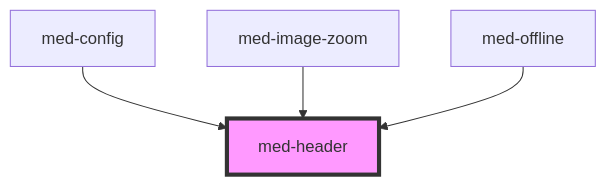
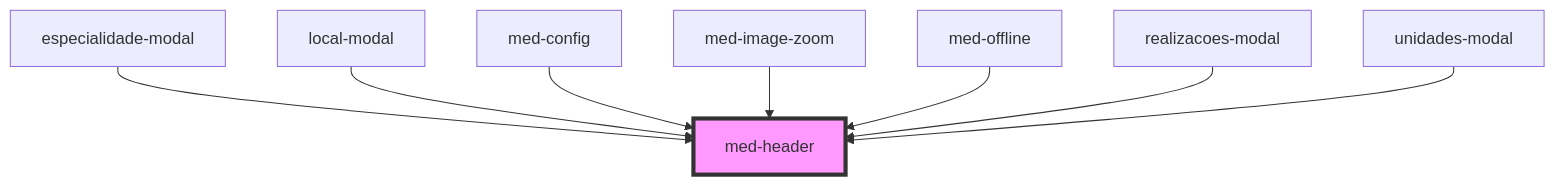
One commit to MEDGRUPOGIT/ionic-framework-1 changed the diagram in core/src/components/@templarios/compositions/med-header/readme.md. Above: the diagram before and after it, drawn with Mermaid. The commit also changed other lines of this file and 30 other files, not shown here.

````diff
--- a/core/src/components/@templarios/compositions/med-header/readme.md
+++ b/core/src/components/@templarios/compositions/med-header/readme.md
@@ -24,7 +28,11 @@
 ```mermaid
 graph TD;
+  especialidade-modal --> med-header
+  local-modal --> med-header
   med-config --> med-header
   med-image-zoom --> med-header
   med-offline --> med-header
+  realizacoes-modal --> med-header
+  unidades-modal --> med-header
   style med-header fill:#f9f,stroke:#333,stroke-width:4px
 ```
````
